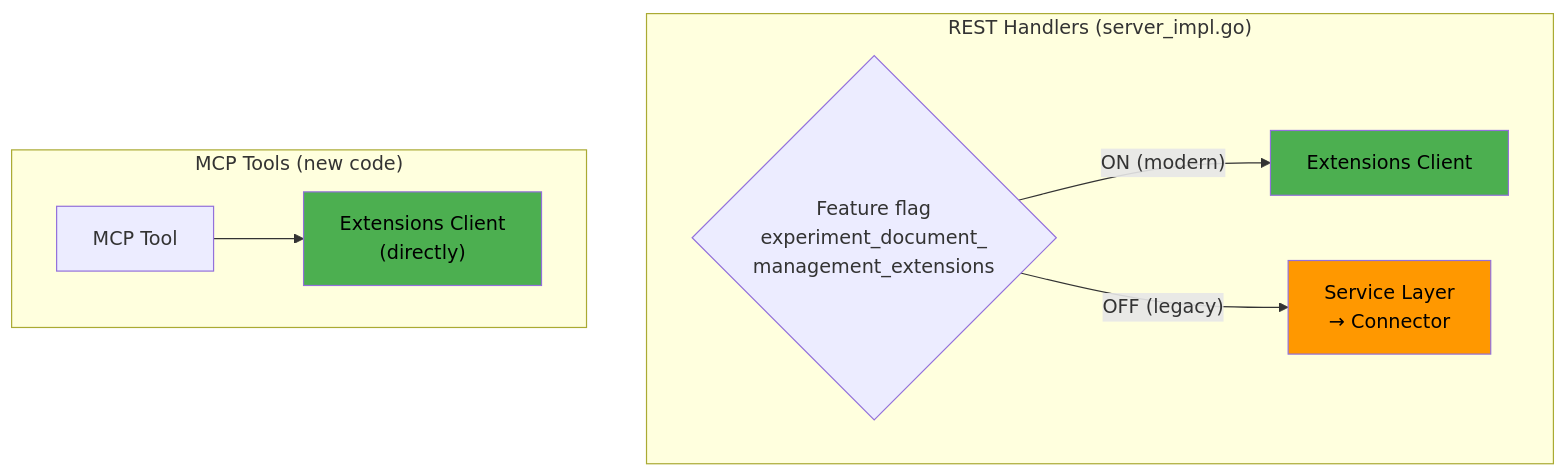
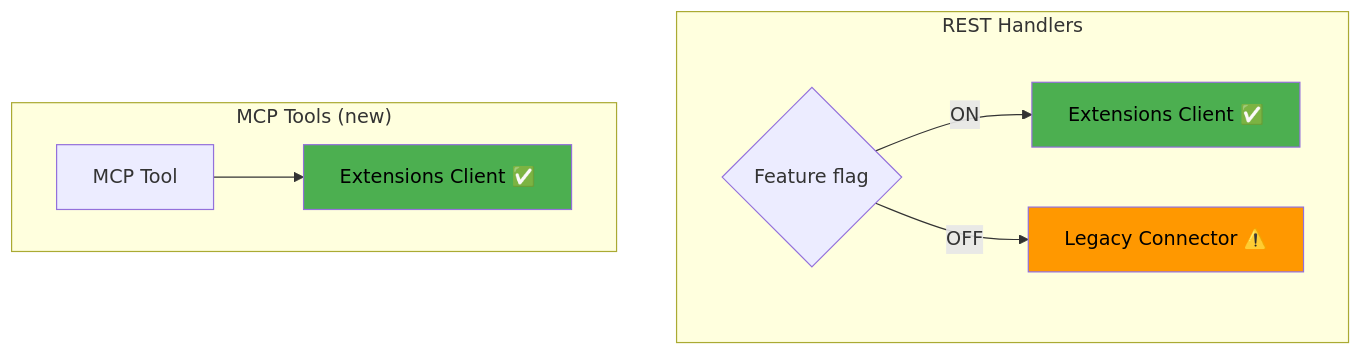
One commit to vinismoraes/hackathon-agent-documents changed the fifth of 16 diagrams in PLAN.md. Above: the diagram before and after it, drawn with Mermaid. The commit also changed other lines of this file, not shown here.

First line of the commit message:
Simplify Mermaid diagrams for readability

````diff
--- a/PLAN.md
+++ b/PLAN.md
@@ -231,16 +231,16 @@
 ```mermaid
 flowchart TD
-    subgraph "REST Handlers (server_impl.go)"
-        FLAG{"Feature flag\nexperiment_document_\nmanagement_extensions"}
-        FLAG -->|"ON (modern)"| EXT["Extensions Client"]
-        FLAG -->|"OFF (legacy)"| SVC["Service Layer\n→ Connector"]
+    subgraph REST ["REST Handlers"]
+        FLAG{"Feature flag"}
+        FLAG -->|"ON"| EXT["Extensions Client ✅"]
+        FLAG -->|"OFF"| SVC["Legacy Connector ⚠️"]
     end
 
-    subgraph "MCP Tools (new code)"
-        MCP["MCP Tool"] --> EXT2["Extensions Client\n(directly)"]
+    subgraph MCP_TOOLS ["MCP Tools (new)"]
+        MCP["MCP Tool"] --> EXT2["Extensions Client ✅"]
     end
 
     style SVC fill:#ff9800,color:#000
     style EXT fill:#4caf50,color:#000
     style EXT2 fill:#4caf50,color:#000
 ```
````
